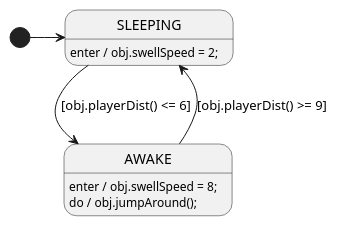
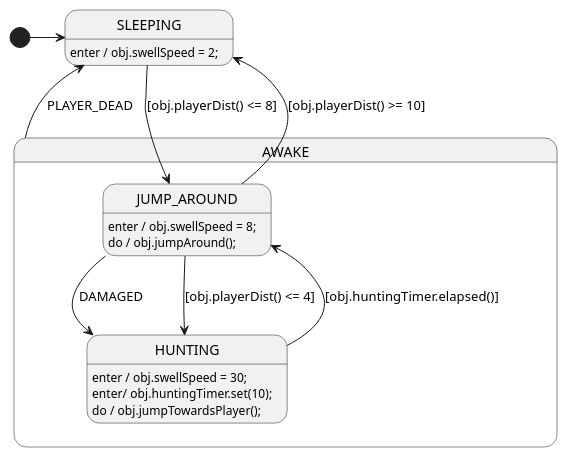
The diagram in examples/platformer/enemy1/Enemy1Sm.plantuml (adamfk/LittleJS), drawn with PlantUML before and after one commit. The commit also changed 3 other files, not shown here.

Commit message:
sleeping, awake, jump around hunting

```diff
--- a/examples/platformer/enemy1/Enemy1Sm.plantuml
+++ b/examples/platformer/enemy1/Enemy1Sm.plantuml
@@ -1,39 +1,50 @@
 @startuml Enemy1Sm
 
 ' //////////////////////// STATE ORGANIZATION ///////////////////////
 ' Note: StateSmith treats state names and events as case insensitive.
 ' More info: https://github.com/StateSmith/StateSmith/wiki/PlantUML
 
 state SLEEPING
-state AWAKE
-' state HUNTING
+
+state AWAKE {
+    state JUMP_AROUND
+    state HUNTING
+}
 
 [*] -> SLEEPING
 
 
 ' ///////////////////////// STATE HANDLERS /////////////////////////
 ' Syntax: https://github.com/StateSmith/StateSmith/wiki/Behaviors
 
 SLEEPING: enter / obj.swellSpeed = 2;
-SLEEPING --> AWAKE: [obj.playerDist() <= 6]
+SLEEPING --> JUMP_AROUND: [obj.playerDist() <= 8]
 
-AWAKE: enter / obj.swellSpeed = 8;
-AWAKE: do / obj.jumpAround();
-AWAKE --> SLEEPING: [obj.playerDist() >= 9]
-' AWAKE --> JUMPING: [obj.playerDist() <= 4]
+AWAKE -up-> SLEEPING: PLAYER_DEAD
+
+JUMP_AROUND: enter / obj.swellSpeed = 8;
+JUMP_AROUND: do / obj.jumpAround();
+JUMP_AROUND --> SLEEPING: [obj.playerDist() >= 10]
+JUMP_AROUND --> HUNTING: DAMAGED
+JUMP_AROUND --> HUNTING: [obj.playerDist() <= 4]
+
+HUNTING: enter / obj.swellSpeed = 30;
+HUNTING: enter/ obj.huntingTimer.set(10);
+HUNTING: do / obj.jumpTowardsPlayer();
+HUNTING --> JUMP_AROUND: [obj.huntingTimer.elapsed()]
 
 
 ' //////////////////////// StateSmith config ////////////////////////
 ' The below special comment block sets the StateSmith configuration.
 ' More info: https://github.com/StateSmith/StateSmith/issues/335
 
 /'! $CONFIG : toml
 [SmRunnerSettings]
 transpilerId = "JavaScript"
 
 [RenderConfig]
 AutoExpandedVars = """
     obj: null, // need to set this to instance of Enemy1 before calling start()
     """
 '/
 @enduml
```
